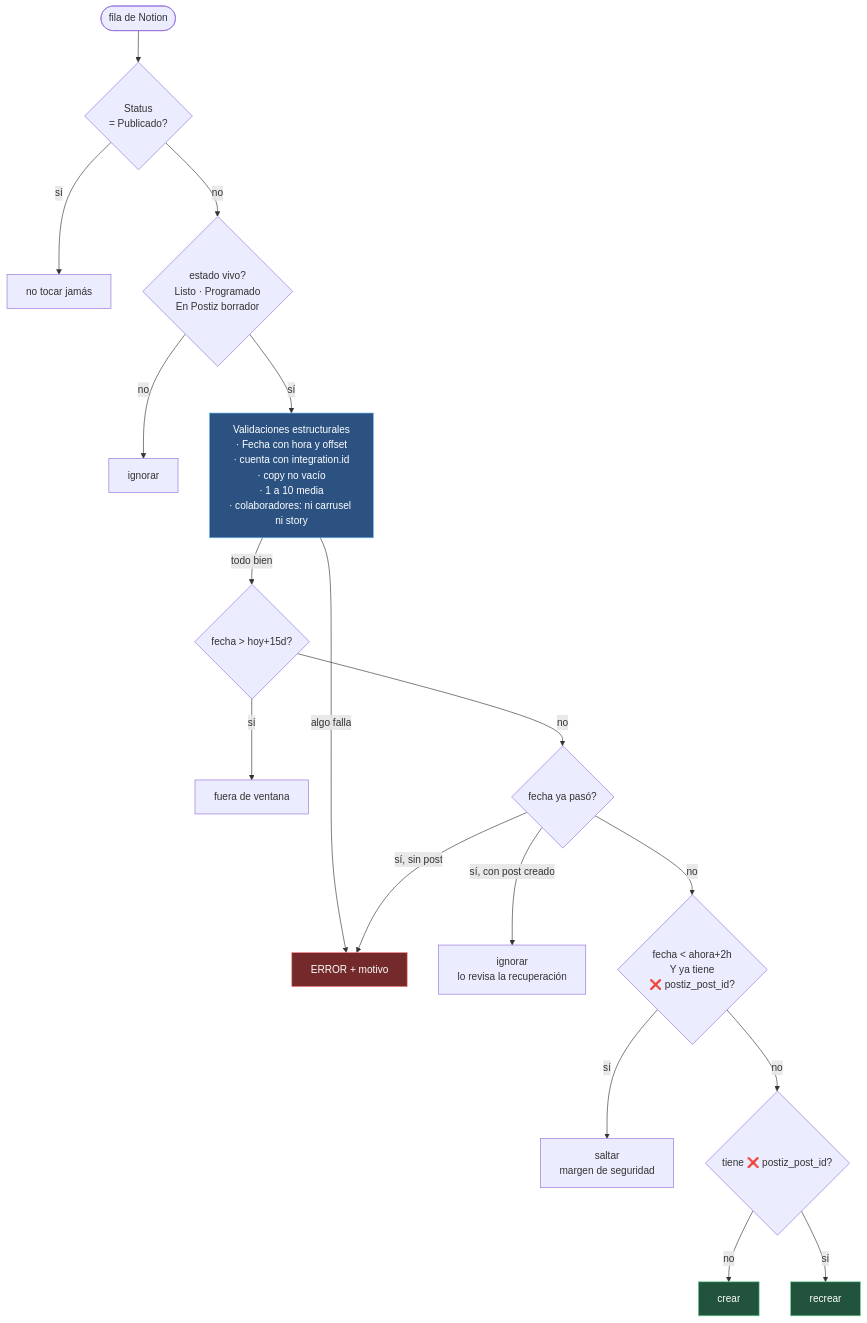
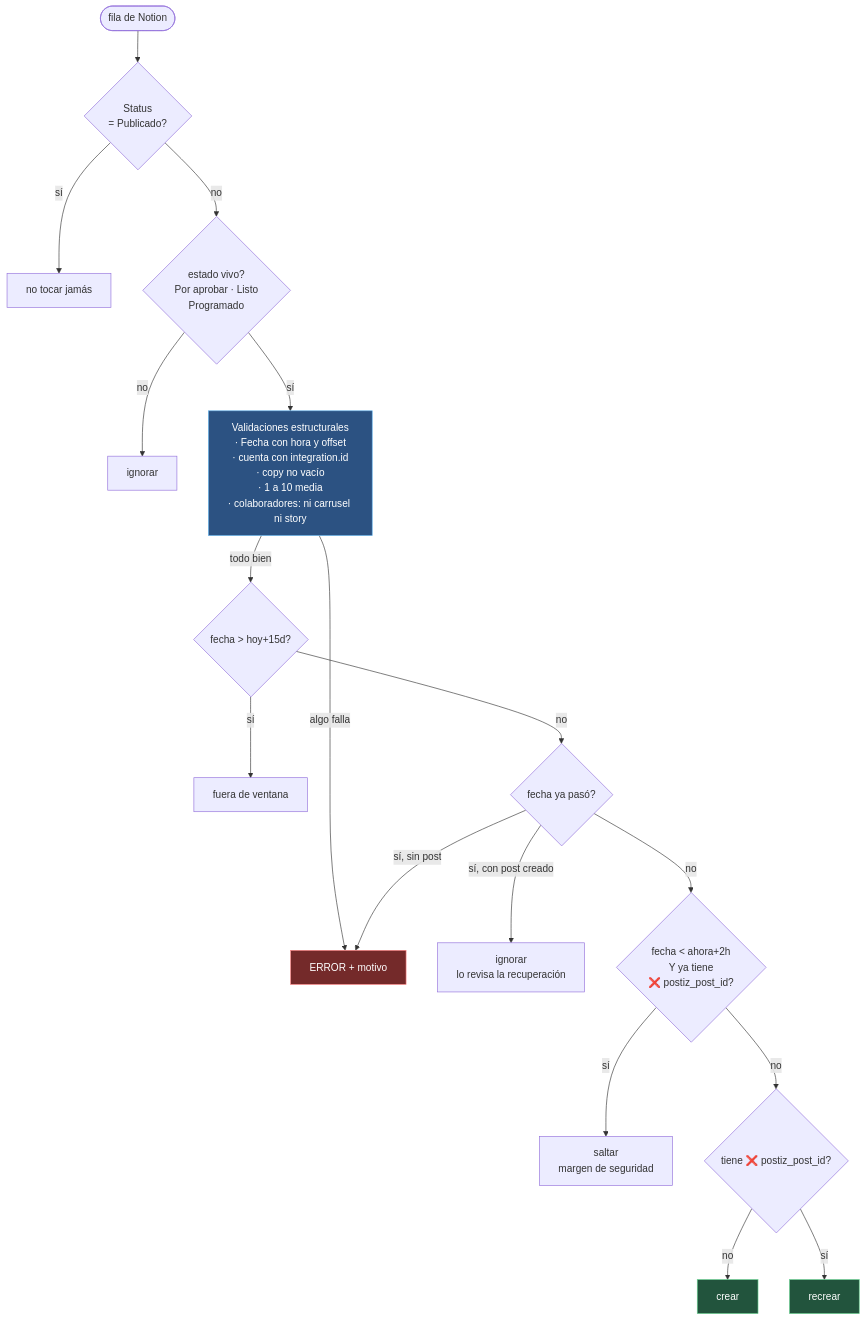
One commit to dustin-calderon/postiz-app changed the third of 11 diagrams in docs/architecture/CONTENT_PIPELINE_DIAGRAMS.md. Above: the diagram before and after it, drawn with Mermaid. The commit also changed other lines of this file and 7 other files, not shown here.

First line of the commit message:
Content pipeline: aprobar con Status (Por aprobar / Listo), sin la propiedad modo

````diff
--- a/docs/architecture/CONTENT_PIPELINE_DIAGRAMS.md
+++ b/docs/architecture/CONTENT_PIPELINE_DIAGRAMS.md
@@ -126,26 +126,26 @@
 ```mermaid
 flowchart TD
     START(["fila de Notion"]) --> P1{"Status<br/>= Publicado?"}
     P1 -->|sí| NT["no tocar jamás"]
-    P1 -->|no| P2{"estado vivo?<br/>Listo · Programado<br/>En Postiz borrador"}
+    P1 -->|no| P2{"estado vivo?<br/>Por aprobar · Listo<br/>Programado"}
     P2 -->|no| IG1["ignorar"]
 
     P2 -->|sí| V["Validaciones estructurales<br/>· Fecha con hora y offset<br/>· cuenta con integration.id<br/>· copy no vacío<br/>· 1 a 10 media<br/>· colaboradores: ni carrusel ni story"]
     V -->|"algo falla"| ERR["ERROR + motivo"]
 
     V -->|"todo bien"| W{"fecha > hoy+15d?"}
     W -->|sí| FV["fuera de ventana"]
     W -->|no| PA{"fecha ya pasó?"}
     PA -->|"sí, con post creado"| REC["ignorar<br/>lo revisa la recuperación"]
     PA -->|"sí, sin post"| ERR
     PA -->|no| M{"fecha < ahora+2h<br/>Y ya tiene<br/>❌ postiz_post_id?"}
     M -->|sí| SALT["saltar<br/>margen de seguridad"]
     M -->|no| CR{"tiene ❌ postiz_post_id?"}
     CR -->|no| CREAR["crear"]
     CR -->|sí| RECREAR["recrear"]
 
     style V fill:#2c5282,stroke:#63b3ed,color:#fff
     style ERR fill:#742a2a,stroke:#fc8181,color:#fff
     style CREAR fill:#22543d,stroke:#68d391,color:#fff
     style RECREAR fill:#22543d,stroke:#68d391,color:#fff
 ```
````
